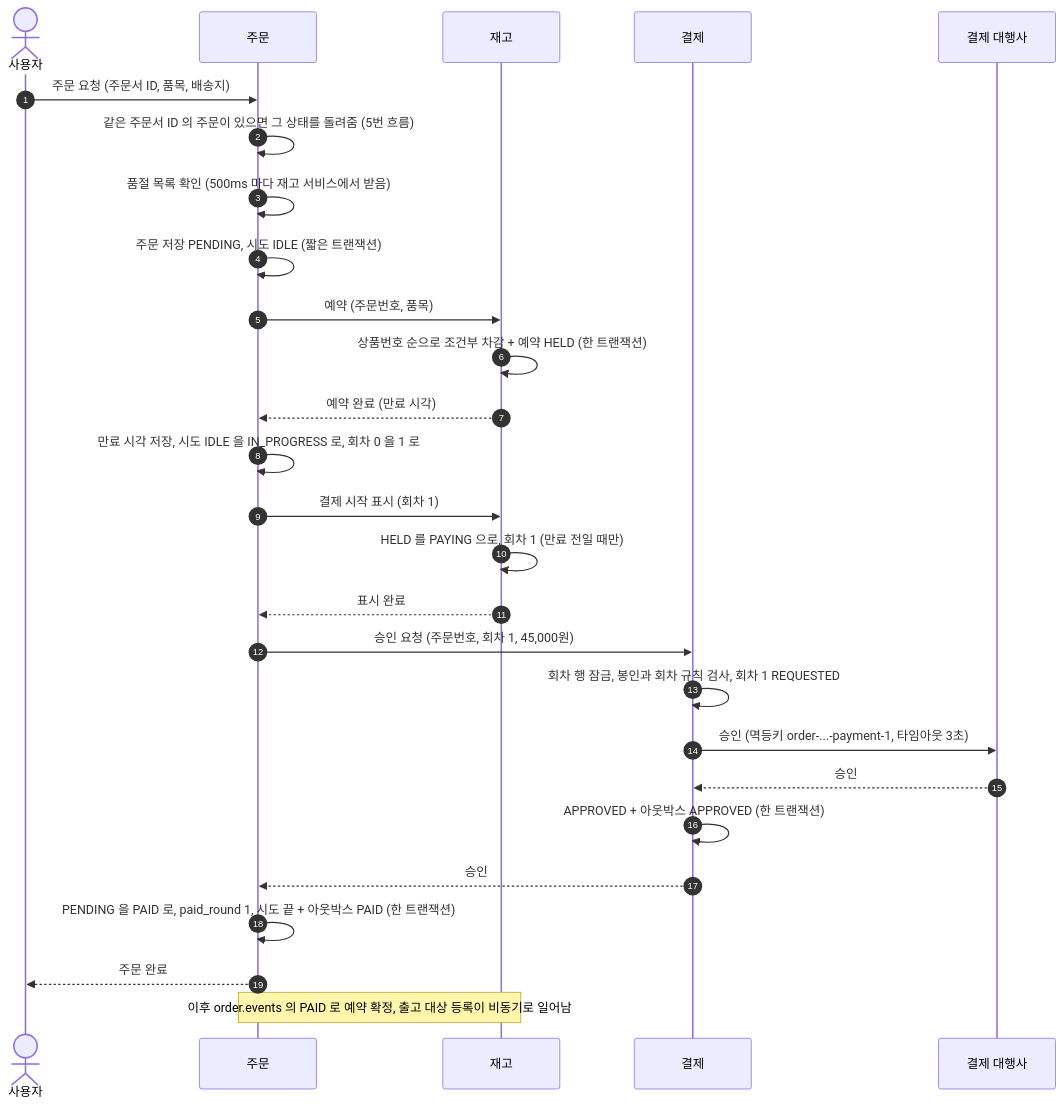
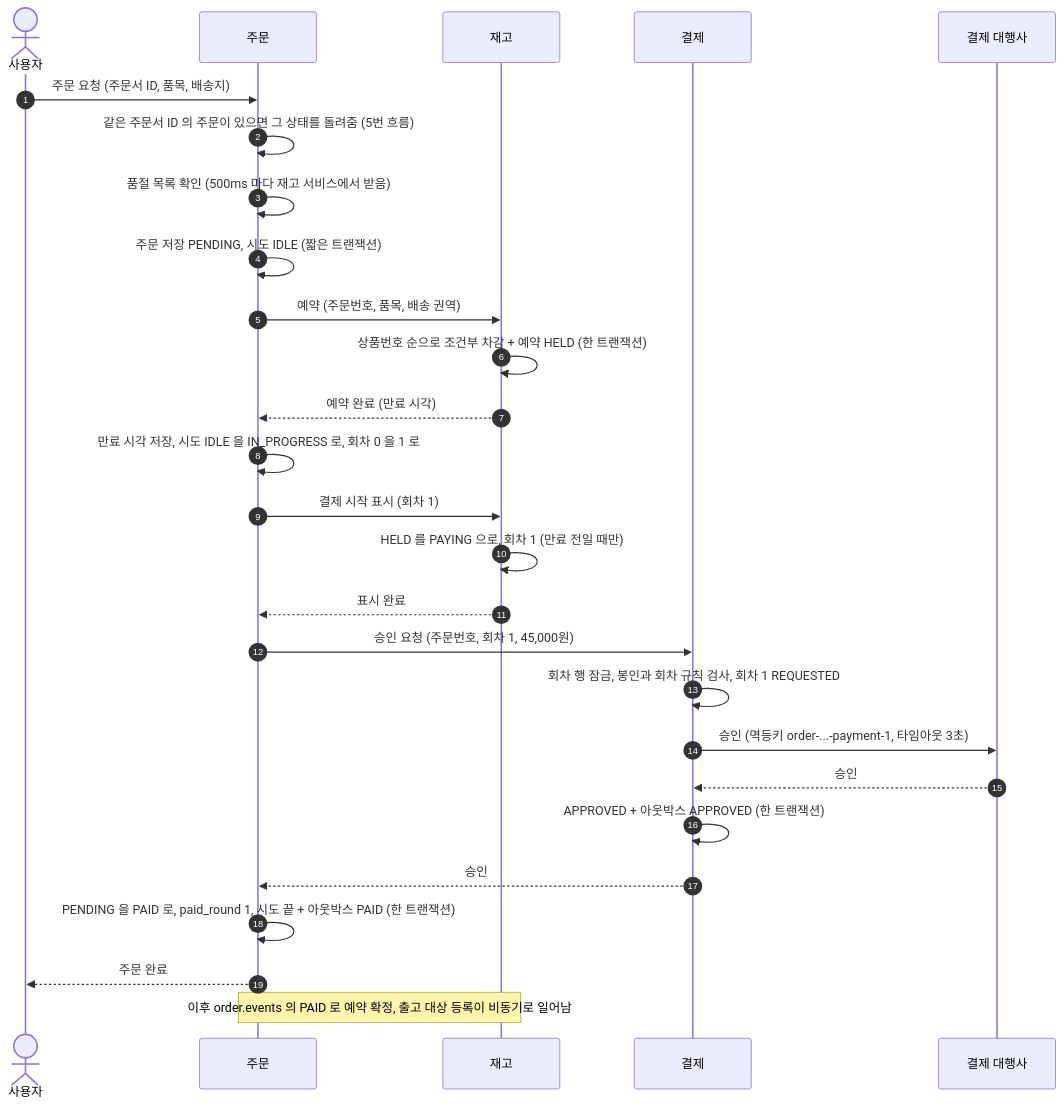
Before and after one commit to Bamdule/dawn-delivery-commerce: the first of 6 diagrams in docs/sequence/01-주문과-결제.md, drawn with Mermaid. The commit also changed other lines of this file and 10 other files, not shown here.

````diff
--- a/docs/sequence/01-주문과-결제.md
+++ b/docs/sequence/01-주문과-결제.md
@@ -20,31 +20,31 @@
 ```mermaid
 sequenceDiagram
     autonumber
     actor 사용자
     participant 주문
     participant 재고
     participant 결제
     participant 대행사 as 결제 대행사
 
     사용자->>주문: 주문 요청 (주문서 ID, 품목, 배송지)
     주문->>주문: 같은 주문서 ID 의 주문이 있으면 그 상태를 돌려줌 (5번 흐름)
     주문->>주문: 품절 목록 확인 (500ms 마다 재고 서비스에서 받음)
     주문->>주문: 주문 저장 PENDING, 시도 IDLE (짧은 트랜잭션)
-    주문->>재고: 예약 (주문번호, 품목)
+    주문->>재고: 예약 (주문번호, 품목, 배송 권역)
     재고->>재고: 상품번호 순으로 조건부 차감 + 예약 HELD (한 트랜잭션)
     재고-->>주문: 예약 완료 (만료 시각)
     주문->>주문: 만료 시각 저장, 시도 IDLE 을 IN_PROGRESS 로, 회차 0 을 1 로
     주문->>재고: 결제 시작 표시 (회차 1)
     재고->>재고: HELD 를 PAYING 으로, 회차 1 (만료 전일 때만)
     재고-->>주문: 표시 완료
     주문->>결제: 승인 요청 (주문번호, 회차 1, 45,000원)
     결제->>결제: 회차 행 잠금, 봉인과 회차 규칙 검사, 회차 1 REQUESTED
     결제->>대행사: 승인 (멱등키 order-...-payment-1, 타임아웃 3초)
     대행사-->>결제: 승인
     결제->>결제: APPROVED + 아웃박스 APPROVED (한 트랜잭션)
     결제-->>주문: 승인
     주문->>주문: PENDING 을 PAID 로, paid_round 1, 시도 끝 + 아웃박스 PAID (한 트랜잭션)
     주문-->>사용자: 주문 완료
 
     Note over 주문,재고: 이후 order.events 의 PAID 로 예약 확정, 출고 대상 등록이 비동기로 일어남
 ```
````
